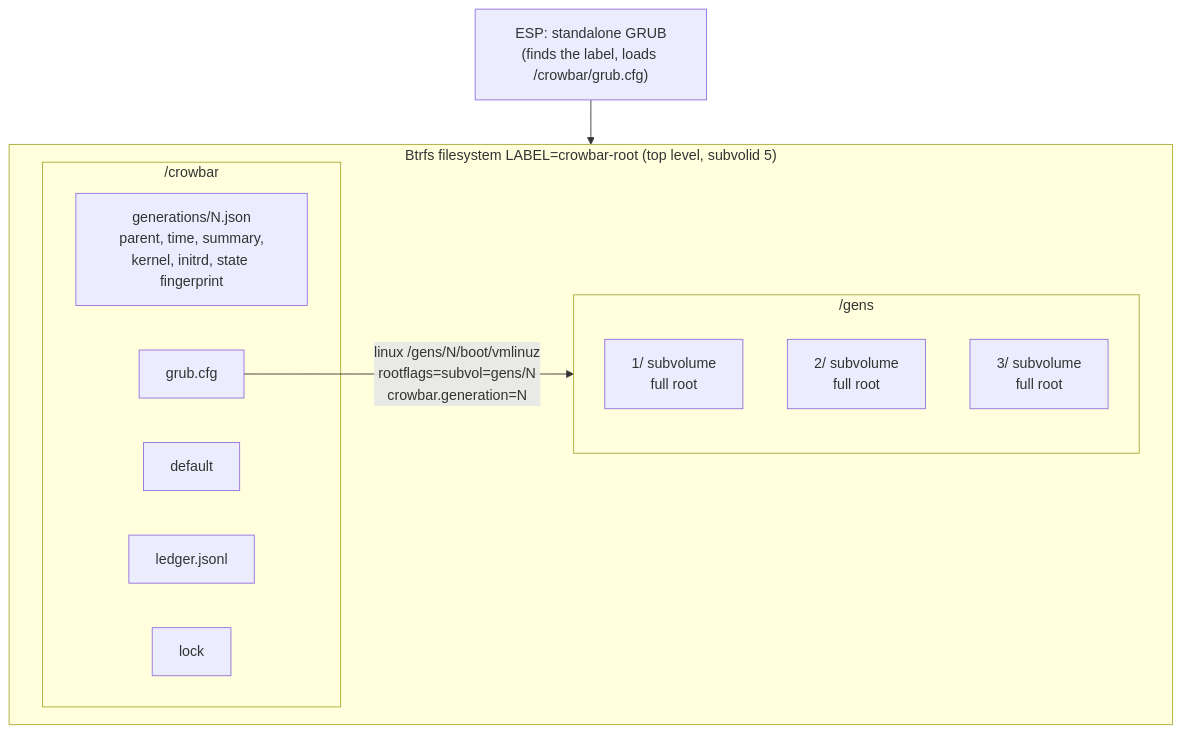
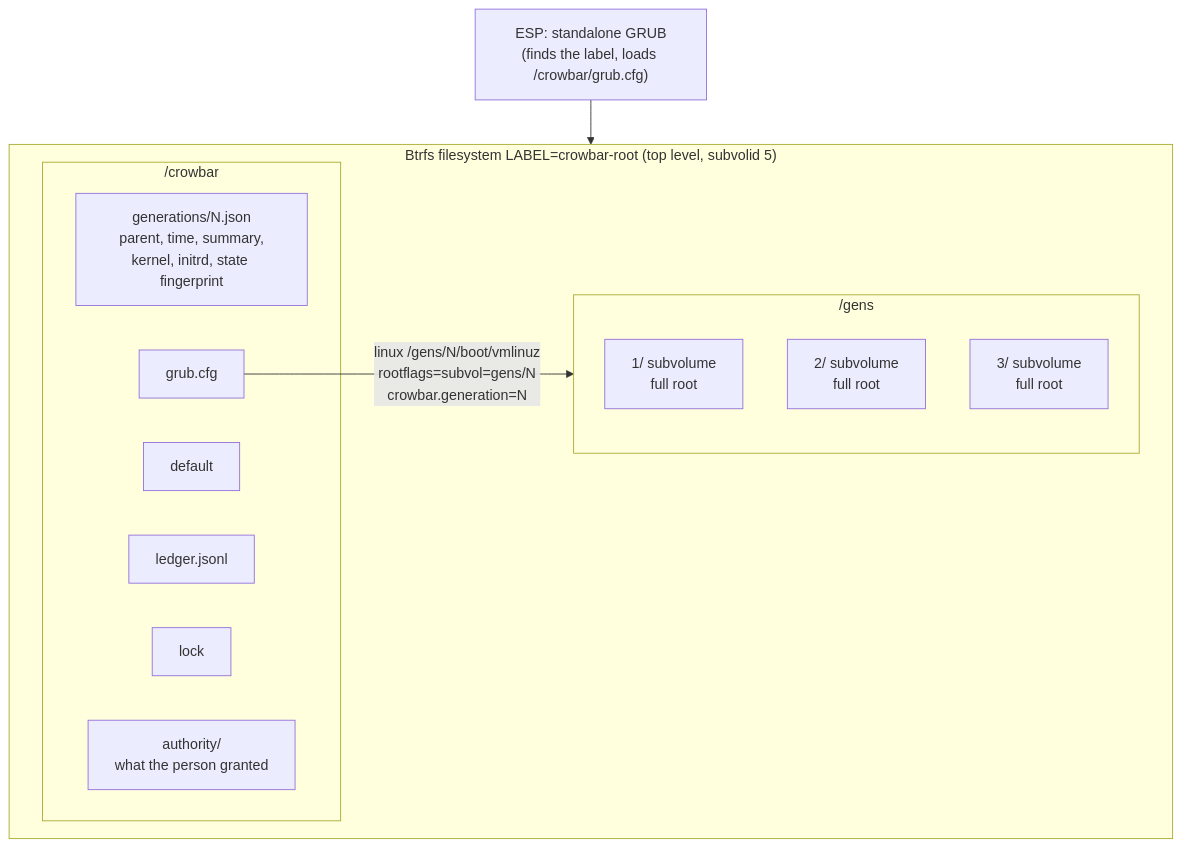
One commit to crowbaros/crowbaros changed the fourth of 6 diagrams in docs/architecture/state-and-apply-engine.md. Above: the diagram before and after it, drawn with Mermaid. The commit also changed other lines of this file and 23 other files, not shown here.

````diff
--- a/docs/architecture/state-and-apply-engine.md
+++ b/docs/architecture/state-and-apply-engine.md
@@ -416,20 +416,21 @@
 ```mermaid
 flowchart TB
     subgraph BTRFS["Btrfs filesystem LABEL=crowbar-root (top level, subvolid 5)"]
         direction LR
         subgraph gens["/gens"]
             G1["1/ subvolume<br/>full root"]
             G2["2/ subvolume<br/>full root"]
             G3["3/ subvolume<br/>full root"]
         end
         subgraph meta["/crowbar"]
             REC["generations/N.json<br/>parent, time, summary,<br/>kernel, initrd, state fingerprint"]
             DEF[default]
             GC[grub.cfg]
             LED[ledger.jsonl]
             LCK[lock]
+            AUT["authority/<br/>what the person granted"]
         end
     end
     ESP["ESP: standalone GRUB<br/>(finds the label, loads /crowbar/grub.cfg)"] --> GC
     GC -->|"linux /gens/N/boot/vmlinuz<br/>rootflags=subvol=gens/N<br/>crowbar.generation=N"| gens
 ```
````
